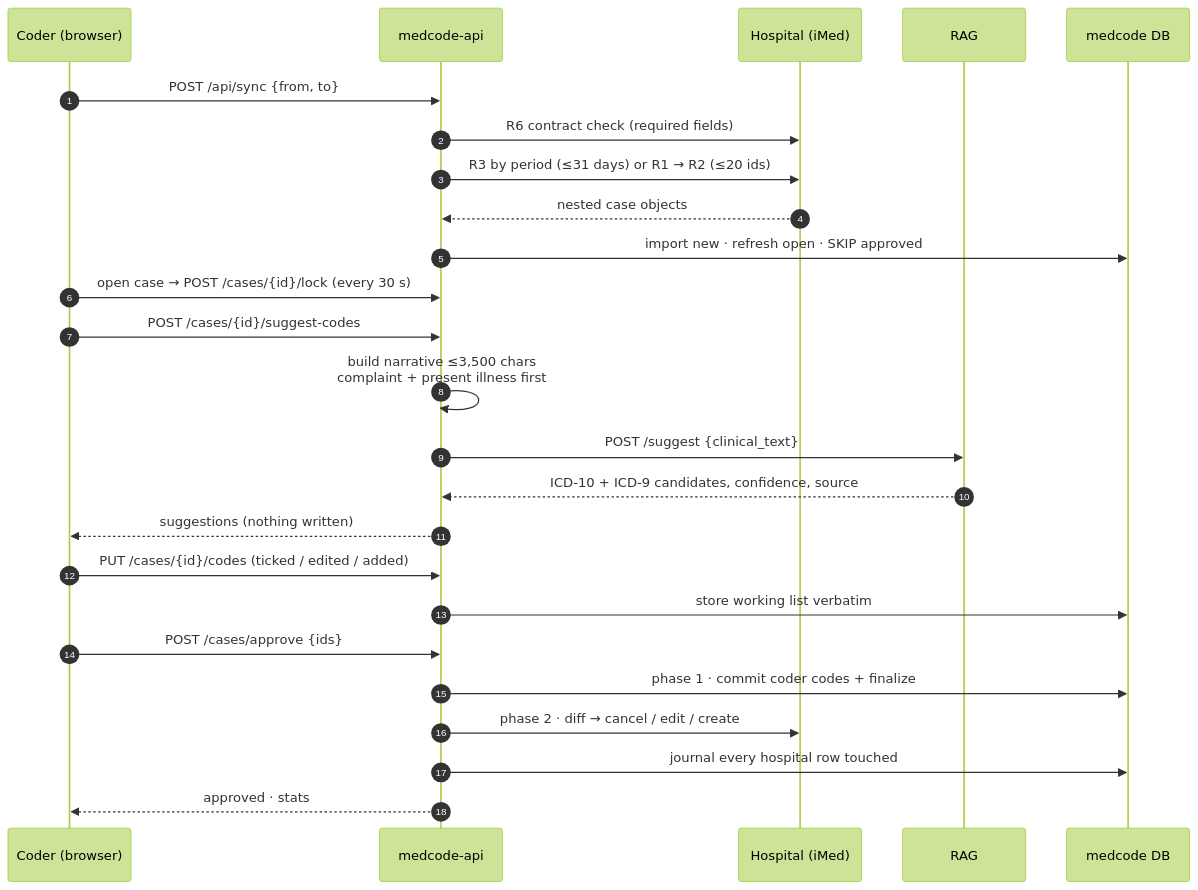
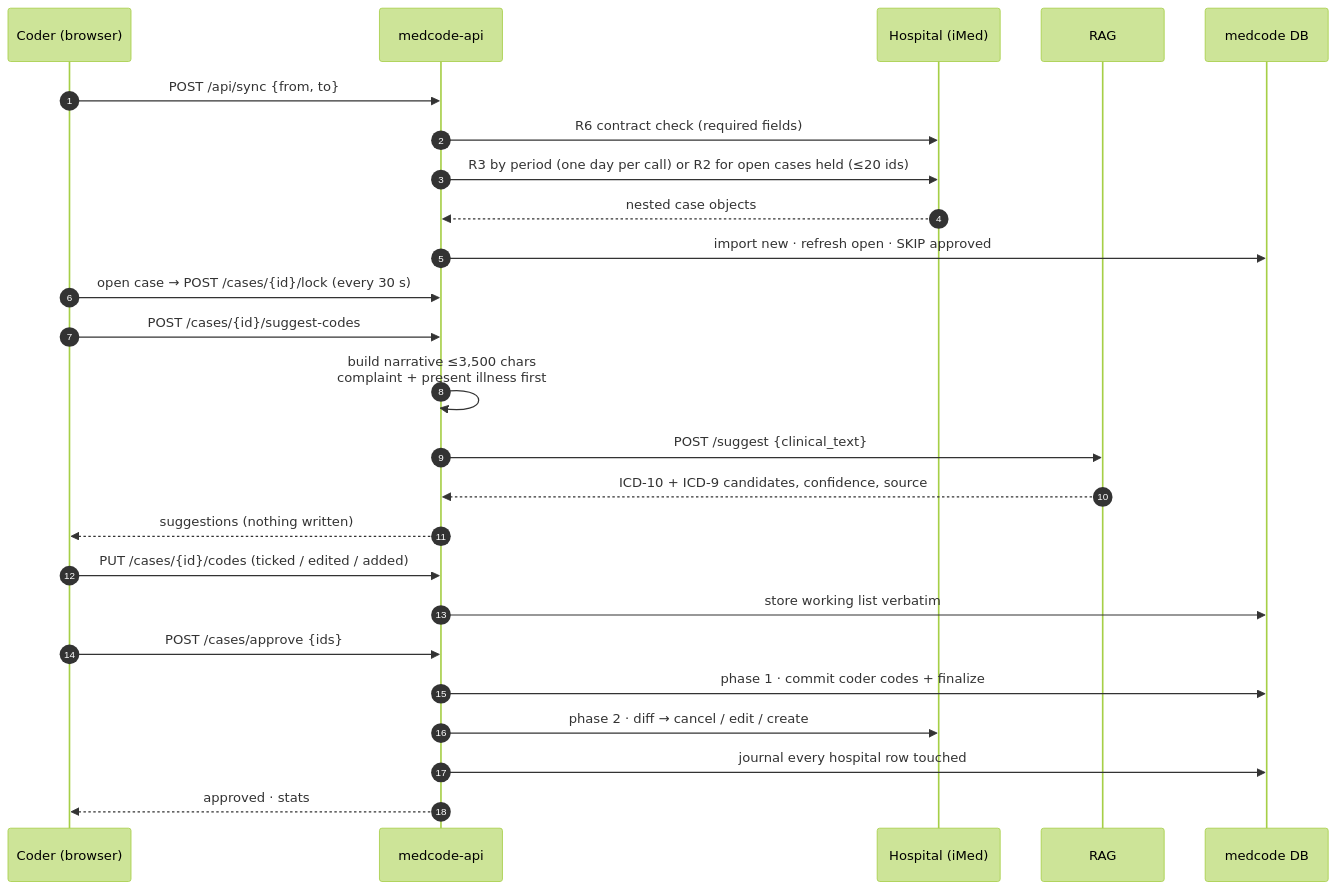
One commit to suvarna-stack/cura-ai changed the second of 5 diagrams in docs/architecture.md. Above: the diagram before and after it, drawn with Mermaid (forest theme). The commit also changed 3 other files, not shown here.

````diff
--- a/docs/architecture.md
+++ b/docs/architecture.md
@@ -90,28 +90,28 @@
 ```mermaid
 sequenceDiagram
   autonumber
   participant C as Coder (browser)
   participant A as medcode-api
   participant H as Hospital (iMed)
   participant R as RAG
   participant DB as medcode DB
 
   C->>A: POST /api/sync {from, to}
   A->>H: R6 contract check (required fields)
-  A->>H: R3 by period (≤31 days) or R1 → R2 (≤20 ids)
+  A->>H: R3 by period (one day per call) or R2 for open cases held (≤20 ids)
   H-->>A: nested case objects
   A->>DB: import new · refresh open · SKIP approved
   C->>A: open case → POST /cases/{id}/lock (every 30 s)
   C->>A: POST /cases/{id}/suggest-codes
   A->>A: build narrative ≤3,500 chars<br/>complaint + present illness first
   A->>R: POST /suggest {clinical_text}
   R-->>A: ICD-10 + ICD-9 candidates, confidence, source
   A-->>C: suggestions (nothing written)
   C->>A: PUT /cases/{id}/codes (ticked / edited / added)
   A->>DB: store working list verbatim
   C->>A: POST /cases/approve {ids}
   A->>DB: phase 1 · commit coder codes + finalize
   A->>H: phase 2 · diff → cancel / edit / create
   A->>DB: journal every hospital row touched
   A-->>C: approved · stats
 ```
````
